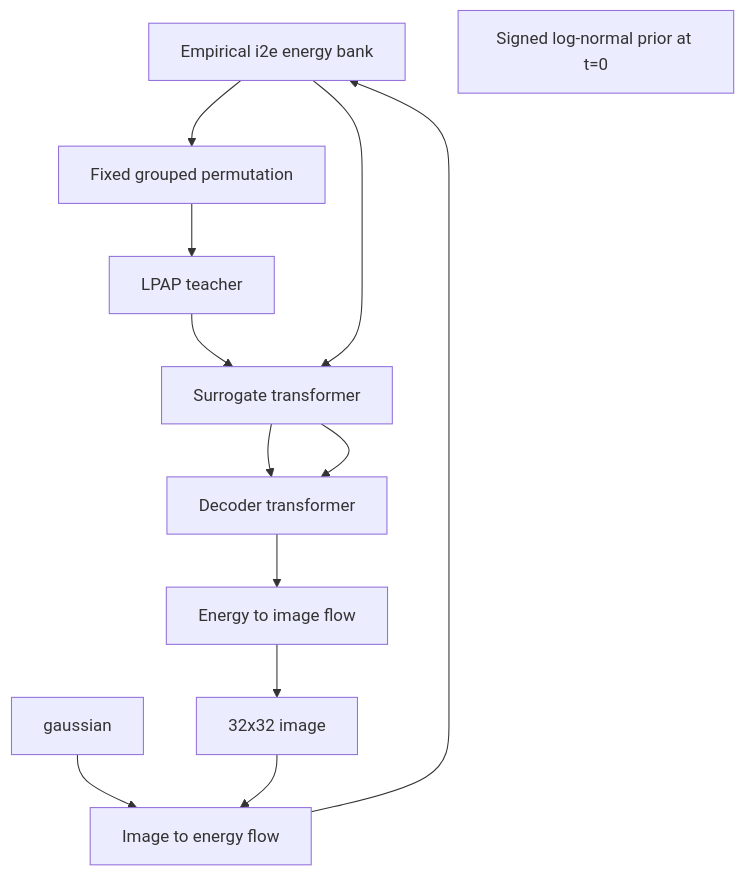
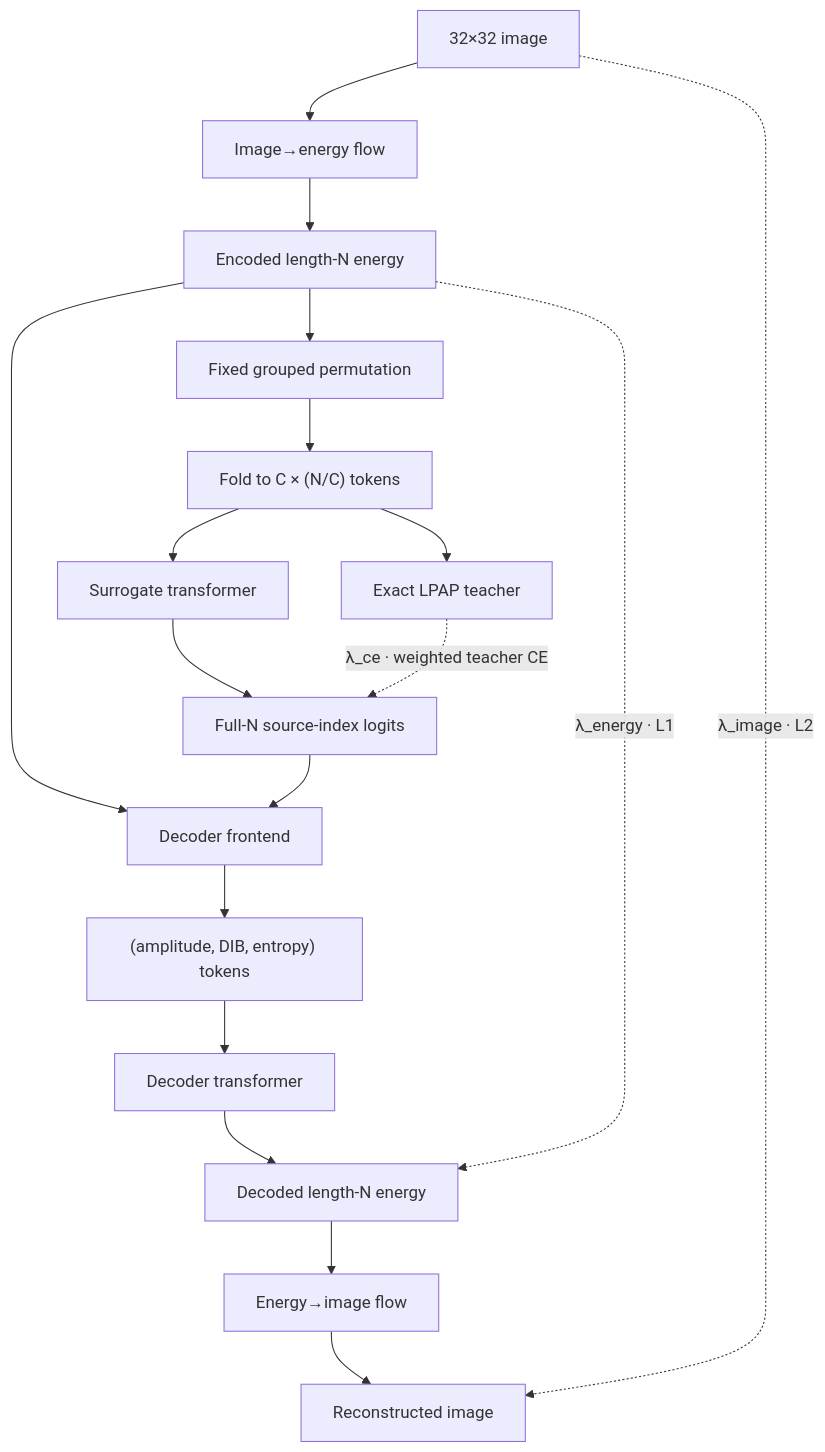
One commit to matovitch/lpap changed the diagram in doc/lpap.md. Above: the diagram before and after it, drawn with Mermaid. The commit also changed other lines of this file and 1 other file, not shown here.

First line of the commit message:
Rewrite LPAP model-context flowchart and ban correction-narration docs.

````diff
--- a/doc/lpap.md
+++ b/doc/lpap.md
@@ -66,19 +69,27 @@
 ```mermaid
 flowchart TD
-    energy_bank[Empirical i2e energy bank]
+    image[32×32 image]
+    i2e[Image→energy flow]
+    energy[Encoded length-N energy]
     permute[Fixed grouped permutation]
-    lpap[LPAP teacher]
+    fold["Fold to C × (N/C) tokens"]
     surrogate[Surrogate transformer]
+    teacher[Exact LPAP teacher]
+    logits[Full-N source-index logits]
+    frontend[Decoder frontend]
+    tokens["(amplitude, DIB, entropy) tokens"]
     decoder[Decoder transformer]
-    image_flow[Image to energy flow]
-    reverse_flow[Energy to image flow]
-    image[32x32 image]
-    prior[Signed log-normal prior at t=0]
+    recon[Decoded length-N energy]
+    e2i[Energy→image flow]
+    image_hat[Reconstructed image]
 
-    energy_bank --> permute --> lpap
-    lpap --> surrogate
-    surrogate --> decoder
-    gaussian --> image_flow
-    image --> image_flow --> energy_bank
-    energy_bank --> surrogate --> decoder --> reverse_flow --> image
+    image --> i2e --> energy --> permute --> fold
+    fold --> surrogate --> logits
+    fold --> teacher
+    teacher -. "λ_ce · weighted teacher CE" .-> logits
+    energy --> frontend
+    logits --> frontend --> tokens --> decoder --> recon
+    recon --> e2i --> image_hat
+    energy -. "λ_energy · L1" .-> recon
+    image -. "λ_image · L2" .-> image_hat
 ```
````
